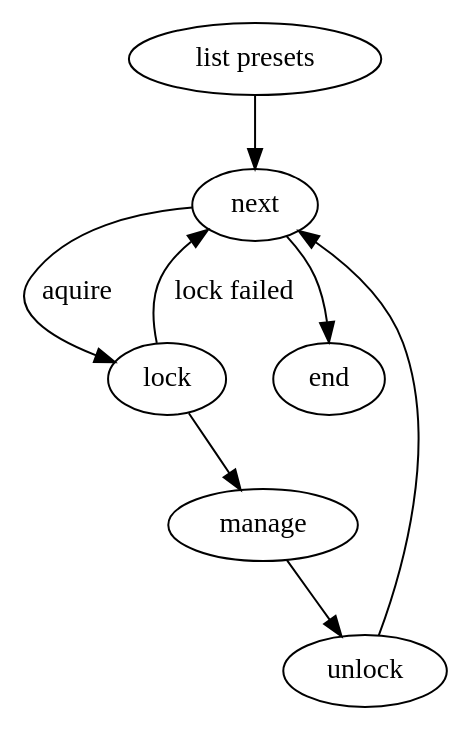
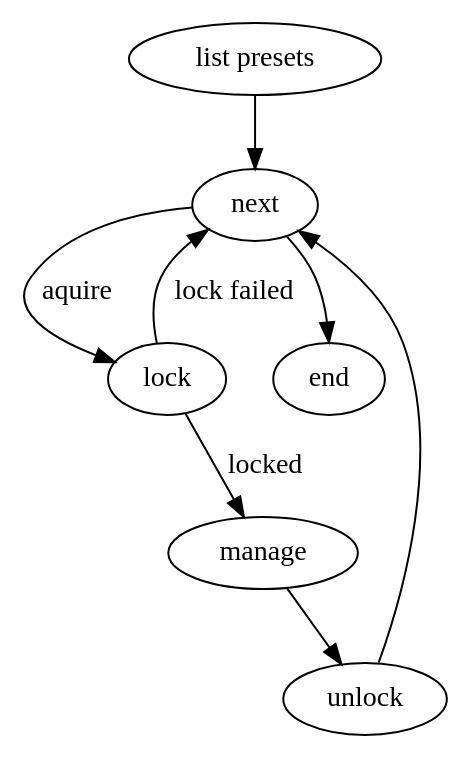
The first of 2 diagrams in docs/user/concept.rst (DreamLab/VmShepherd), drawn with Graphviz before and after one commit. The commit also changed other lines of this file, not shown here.

Commit message:
add label

```diff
--- a/docs/user/concept.rst
+++ b/docs/user/concept.rst
@@ -19,14 +19,14 @@
 .. graphviz::
     :caption: Global preset flow
 
     digraph G {
         compound=true;
         center=true;
         "list presets" -> next;
         next -> lock [label=aquire];
-        lock -> manage;
+        lock -> manage [label=locked];
         manage -> unlock;
         unlock -> next;
         lock -> next [label="lock failed"];
         next -> end;
     }
```
